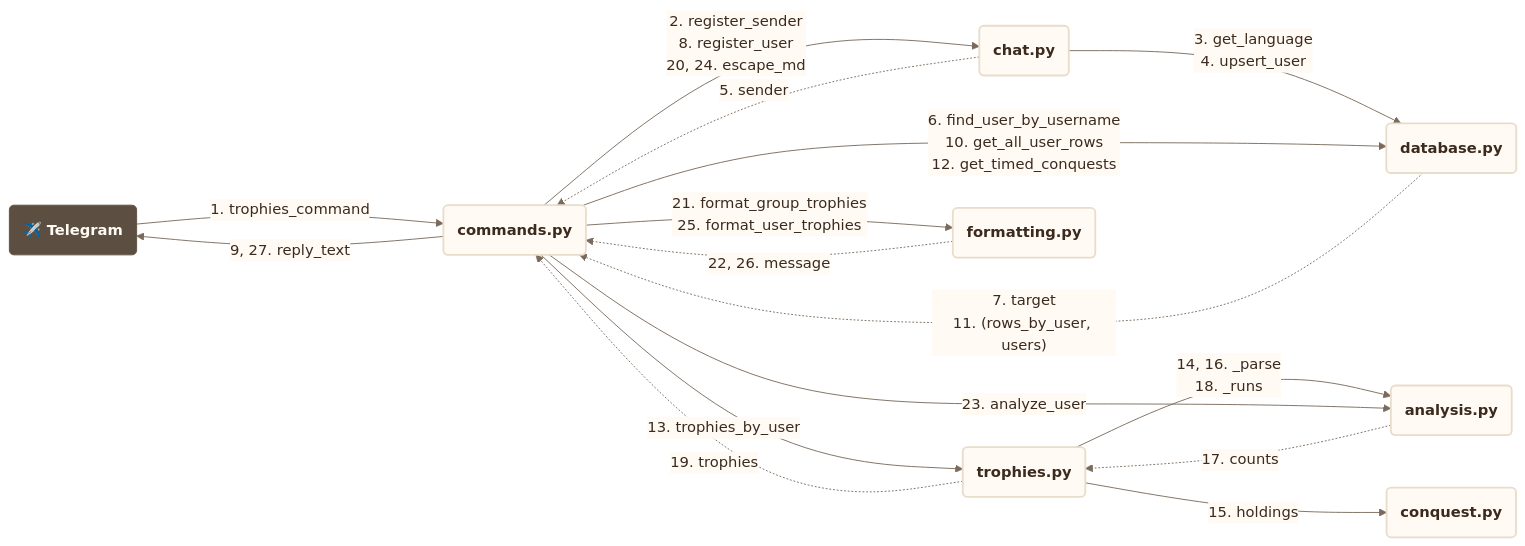
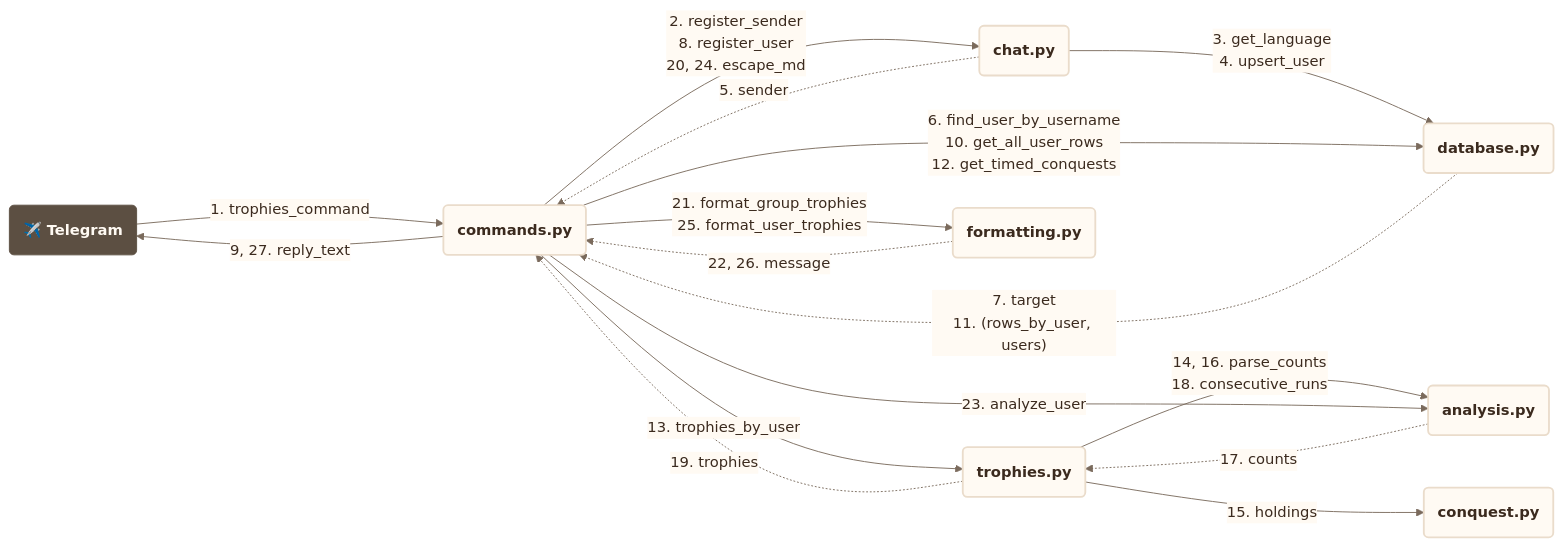
One commit to francescoperrino/Caccometro changed diagram 13 of 42 in docs/use_cases.md. Above: the diagram before and after it, drawn with Mermaid. The commit also changed other lines of this file and 22 other files, not shown here.

````diff
--- a/docs/use_cases.md
+++ b/docs/use_cases.md
@@ -1135,64 +1108,64 @@
 ```mermaid
 ---
 config:
   theme: base
   themeVariables:
     fontFamily: "Nunito, Segoe UI, Roboto, sans-serif"
     primaryColor: "#fffaf3"
     primaryTextColor: "#3b2a1e"
     primaryBorderColor: "#eadccb"
     secondaryColor: "#f7ecdc"
     tertiaryColor: "#f3e4d0"
     lineColor: "#7a6a5c"
     textColor: "#3b2a1e"
     edgeLabelBackground: "#fffaf3"
     clusterBkg: "#f3e4d0"
     clusterBorder: "#cbbca9"
     titleColor: "#5c4f42"
     noteBkgColor: "#f7ecdc"
     noteTextColor: "#3b2a1e"
     actorBkg: "#fffaf3"
     actorBorder: "#5c4f42"
     actorTextColor: "#3b2a1e"
     signalColor: "#7a6a5c"
     signalTextColor: "#3b2a1e"
     labelBoxBkgColor: "#f3e4d0"
     loopTextColor: "#3b2a1e"
     sequenceNumberColor: "#fffaf3"
     xyChart:
       plotColorPalette: "#2f4f8f"
   flowchart:
     nodeSpacing: 50
     rankSpacing: 160
 ---
 flowchart LR
     accTitle: Communication diagram, /trophies (/trofei)
     accDescr: The modules involved, the functions each one calls in another and what comes back, numbered as in the sequence
     telegram("<b>✈️ Telegram</b>")
     commands("<b>commands.py</b>")
     chat("<b>chat.py</b>")
     database("<b>database.py</b>")
     trophies("<b>trophies.py</b>")
     analysis("<b>analysis.py</b>")
     conquest("<b>conquest.py</b>")
     formatting("<b>formatting.py</b>")
     telegram -->|"1.#nbsp;trophies_command"| commands
     commands -->|"2.#nbsp;register_sender<br/>8.#nbsp;register_user<br/>20, 24.#nbsp;escape_md"| chat
     chat -->|"3.#nbsp;get_language<br/>4.#nbsp;upsert_user"| database
     chat -.->|"5.#nbsp;sender"| commands
     commands -->|"6.#nbsp;find_user_by_username<br/>10.#nbsp;get_all_user_rows<br/>12.#nbsp;get_timed_conquests"| database
     database -.->|"7.#nbsp;target<br/>11.#nbsp;(rows_by_user, users)"| commands
     commands -->|"9, 27.#nbsp;reply_text"| telegram
     commands -->|"13.#nbsp;trophies_by_user"| trophies
-    trophies -->|"14, 16.#nbsp;_parse<br/>18.#nbsp;_runs"| analysis
+    trophies -->|"14, 16.#nbsp;parse_counts<br/>18.#nbsp;consecutive_runs"| analysis
     trophies -->|"15.#nbsp;holdings"| conquest
     analysis -.->|"17.#nbsp;counts"| trophies
     trophies -.->|"19.#nbsp;trophies"| commands
     commands -->|"21.#nbsp;format_group_trophies<br/>25.#nbsp;format_user_trophies"| formatting
     formatting -.->|"22, 26.#nbsp;message"| commands
     commands -->|"23.#nbsp;analyze_user"| analysis
     classDef step fill:#fffaf3,stroke:#eadccb,stroke-width:2px,color:#3b2a1e
     classDef person fill:#5c4f42,stroke:#5c4f42,color:#fffaf3
     class commands,chat,database,trophies,analysis,conquest,formatting step
     class telegram person
 ```
````
